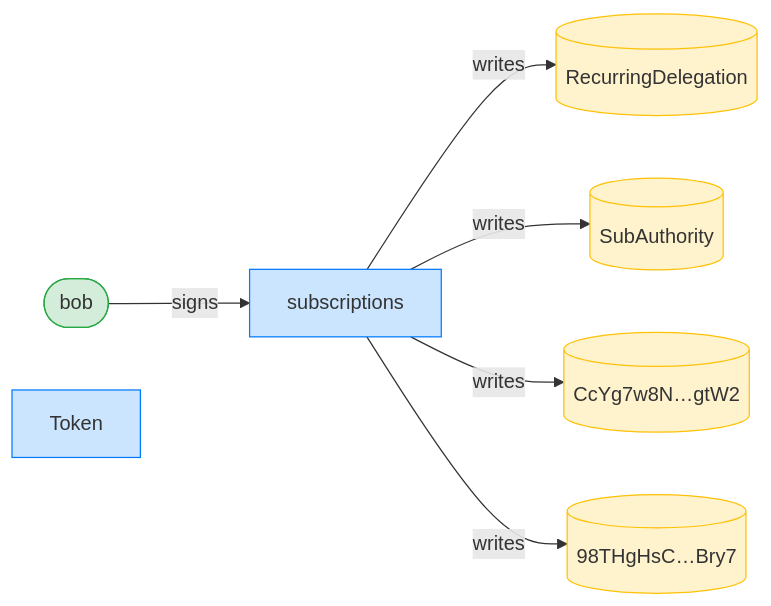
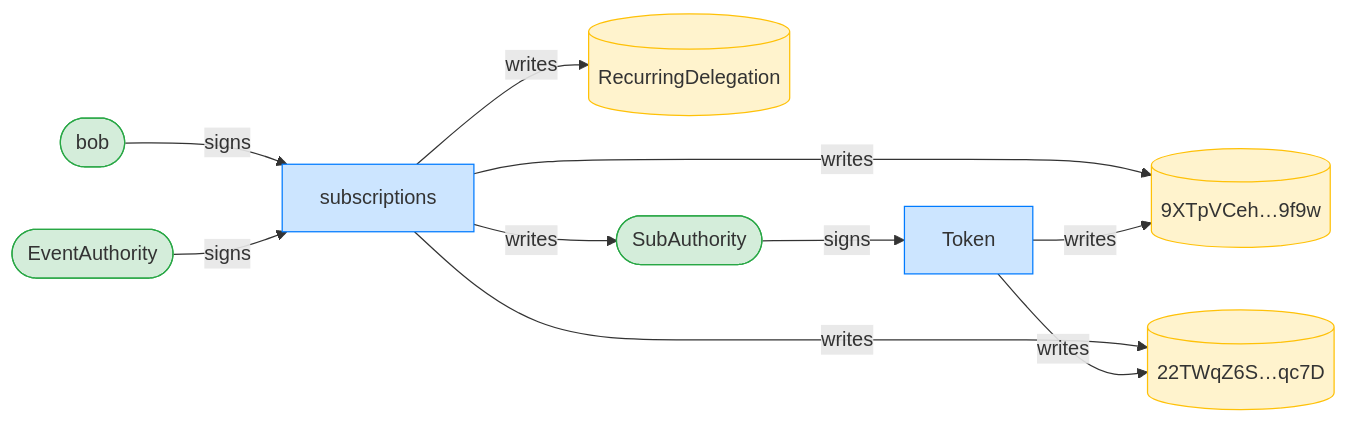
Before and after one commit to cds-rs/subscriptions: diagram 11 of 16 in dsl_tests/recurring-transfer-aligns-the-period-start-when-periods-are-skipped.md, drawn with Mermaid. The commit also changed other lines of this file and 224 other files, not shown here.

````diff
--- a/dsl_tests/recurring-transfer-aligns-the-period-start-when-periods-are-skipped.md
+++ b/dsl_tests/recurring-transfer-aligns-the-period-start-when-periods-are-skipped.md
@@ -216,18 +225,23 @@
 ```mermaid
 flowchart LR
     classDef signer fill:#d4edda,stroke:#28a745;
     classDef program fill:#cce5ff,stroke:#007bff;
     classDef writable fill:#fff3cd,stroke:#ffc107;
     subscriptions[subscriptions]:::program
     RecurringDelegation[(RecurringDelegation)]:::writable
-    SubAuthority[(SubAuthority)]:::writable
-    CcYg7w8N_gtW2[("CcYg7w8N…gtW2")]:::writable
-    98THgHsC_Bry7[("98THgHsC…Bry7")]:::writable
+    SubAuthority([SubAuthority]):::signer
+    9XTpVCeh_9f9w[("9XTpVCeh…9f9w")]:::writable
+    22TWqZ6S_qc7D[("22TWqZ6S…qc7D")]:::writable
     bob([bob]):::signer
     Token[Token]:::program
+    EventAuthority([EventAuthority]):::signer
     bob -->|signs| subscriptions
+    SubAuthority -->|signs| Token
+    EventAuthority -->|signs| subscriptions
     subscriptions -->|writes| RecurringDelegation
     subscriptions -->|writes| SubAuthority
-    subscriptions -->|writes| CcYg7w8N_gtW2
-    subscriptions -->|writes| 98THgHsC_Bry7
+    subscriptions -->|writes| 9XTpVCeh_9f9w
+    subscriptions -->|writes| 22TWqZ6S_qc7D
+    Token -->|writes| 9XTpVCeh_9f9w
+    Token -->|writes| 22TWqZ6S_qc7D
 ```
````
